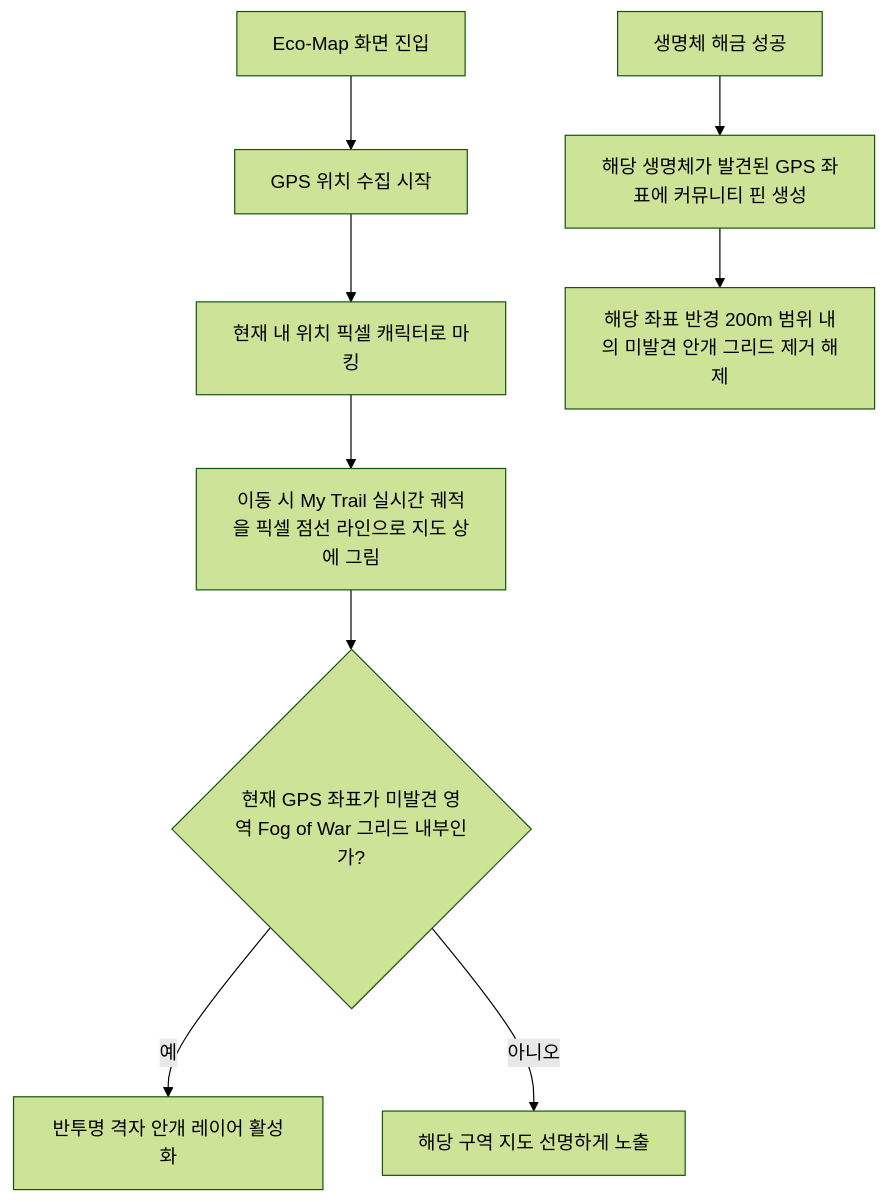
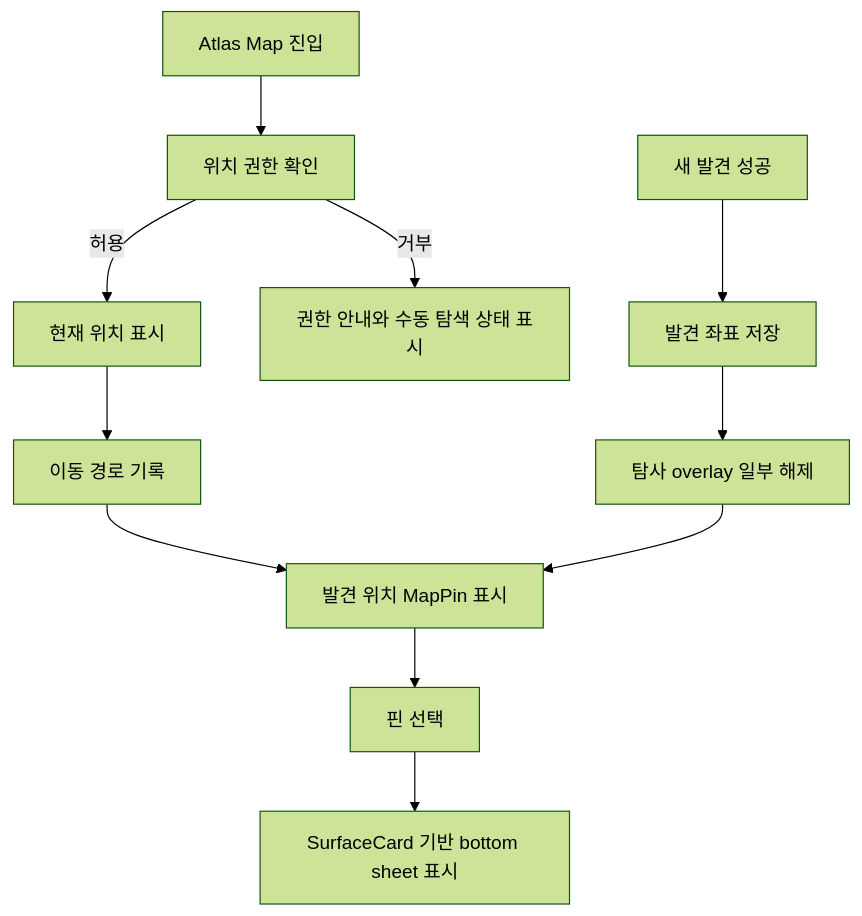
The second of 2 diagrams in docs/workflow.md (sanghoon3203/nurmor), drawn with Mermaid (forest theme) before and after one commit. The commit also changed other lines of this file and 5 other files, not shown here.

````diff
--- a/docs/workflow.md
+++ b/docs/workflow.md
@@ -34,13 +33,15 @@
 ```mermaid
 graph TD
-    A[Eco-Map 화면 진입] --> B[GPS 위치 수집 시작]
-    B --> C[현재 내 위치 픽셀 캐릭터로 마킹]
-    C --> D[이동 시 My Trail 실시간 궤적을 픽셀 점선 라인으로 지도 상에 그림]
-    
-    D --> E{현재 GPS 좌표가 미발견 영역 Fog of War 그리드 내부인가?}
-    E -- 예 --> F[반투명 격자 안개 레이어 활성화]
-    E -- 아니오 --> G[해당 구역 지도 선명하게 노출]
-    
-    H[생명체 해금 성공] --> I[해당 생명체가 발견된 GPS 좌표에 커뮤니티 핀 생성]
-    I --> J[해당 좌표 반경 200m 범위 내의 미발견 안개 그리드 제거 해제]
+    A[Atlas Map 진입] --> B[위치 권한 확인]
+    B -- 허용 --> C[현재 위치 표시]
+    B -- 거부 --> D[권한 안내와 수동 탐색 상태 표시]
+
+    C --> E[이동 경로 기록]
+    E --> F[발견 위치 MapPin 표시]
+    F --> G[핀 선택]
+    G --> H[SurfaceCard 기반 bottom sheet 표시]
+
+    I[새 발견 성공] --> J[발견 좌표 저장]
+    J --> K[탐사 overlay 일부 해제]
+    K --> F
 ```
````
